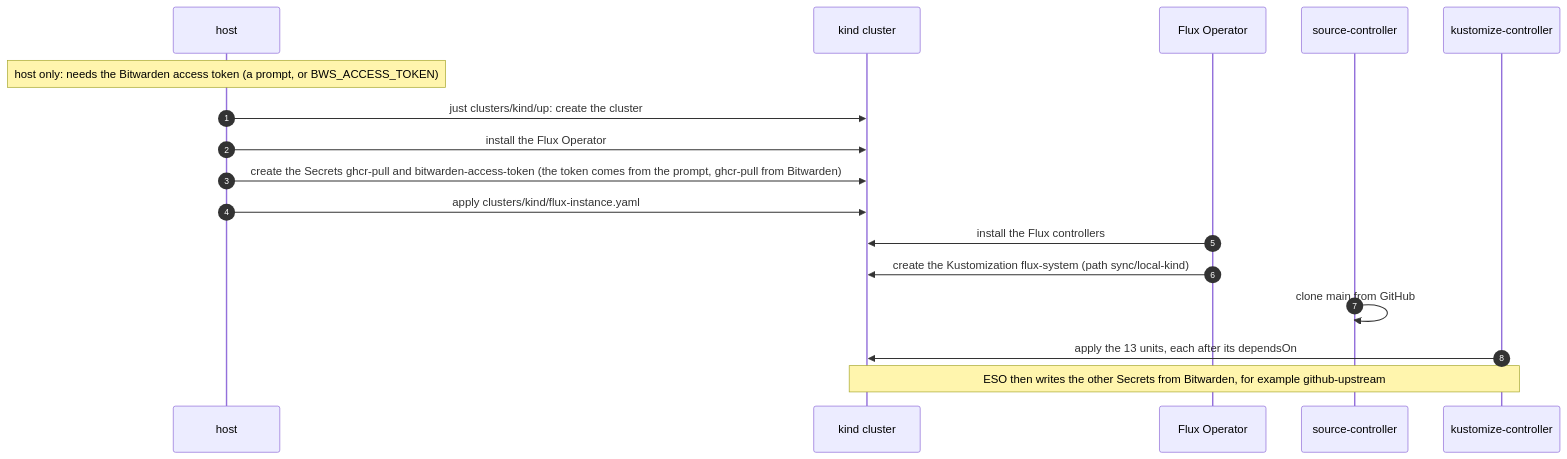
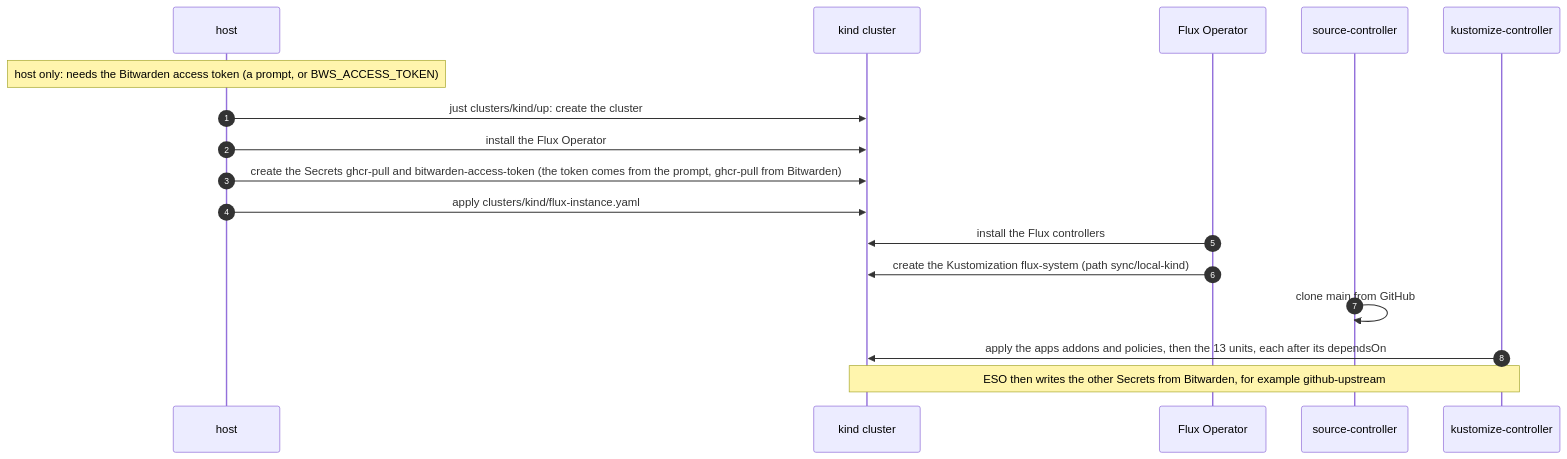
The first of 4 diagrams in code/mcp-sandbox/part-3-mcp-guardrails/docs/orchestration.md (raghav19/engineersdaybook), drawn with Mermaid before and after one commit. The commit also changed other lines of this file and 20 other files, not shown here.

First line of the commit message:
Add the apps addons and policies to the sync

````diff
--- a/code/mcp-sandbox/part-3-mcp-guardrails/docs/orchestration.md
+++ b/code/mcp-sandbox/part-3-mcp-guardrails/docs/orchestration.md
@@ -44,20 +50,20 @@
 ```mermaid
 sequenceDiagram
     autonumber
     participant H as host
     participant K as kind cluster
     participant O as Flux Operator
     participant S as source-controller
     participant C as kustomize-controller
 
     Note over H: host only: needs the Bitwarden access token (a prompt, or BWS_ACCESS_TOKEN)
     H->>K: just clusters/kind/up: create the cluster
     H->>K: install the Flux Operator
     H->>K: create the Secrets ghcr-pull and bitwarden-access-token (the token comes from the prompt, ghcr-pull from Bitwarden)
     H->>K: apply clusters/kind/flux-instance.yaml
     O->>K: install the Flux controllers
     O->>K: create the Kustomization flux-system (path sync/local-kind)
     S->>S: clone main from GitHub
-    C->>K: apply the 13 units, each after its dependsOn
+    C->>K: apply the apps addons and policies, then the 13 units, each after its dependsOn
     Note over C,K: ESO then writes the other Secrets from Bitwarden, for example github-upstream
 ```
````
